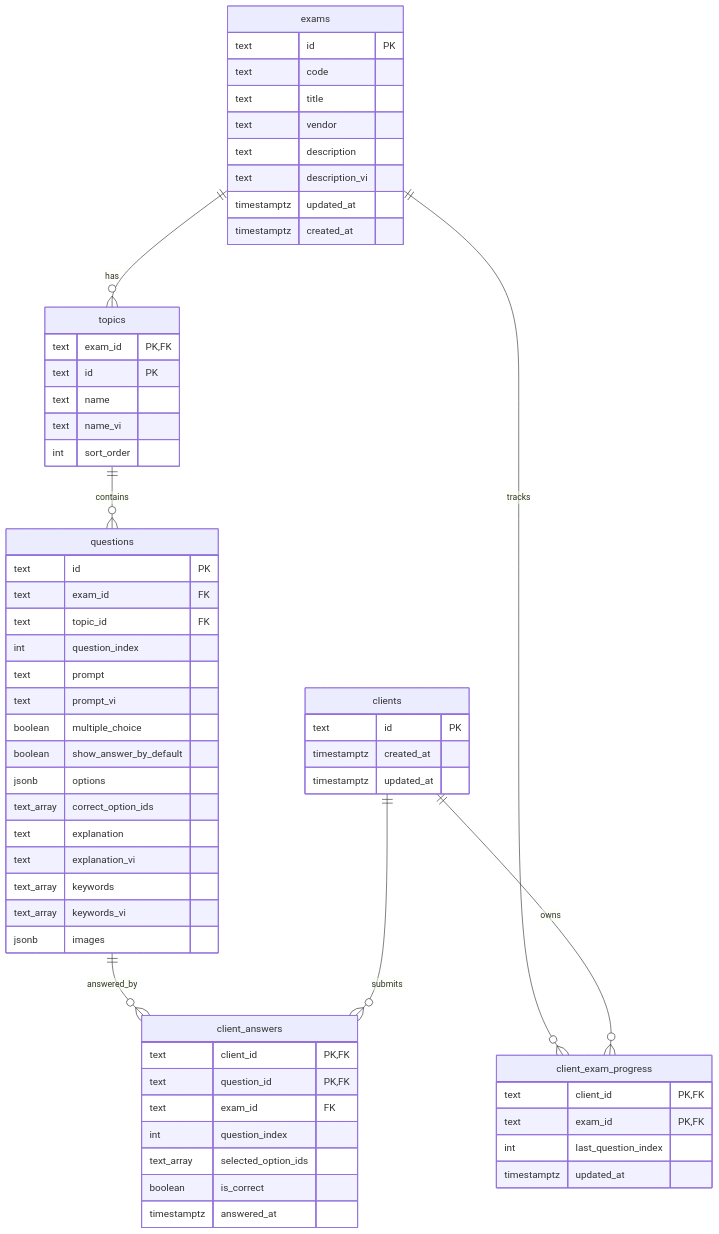
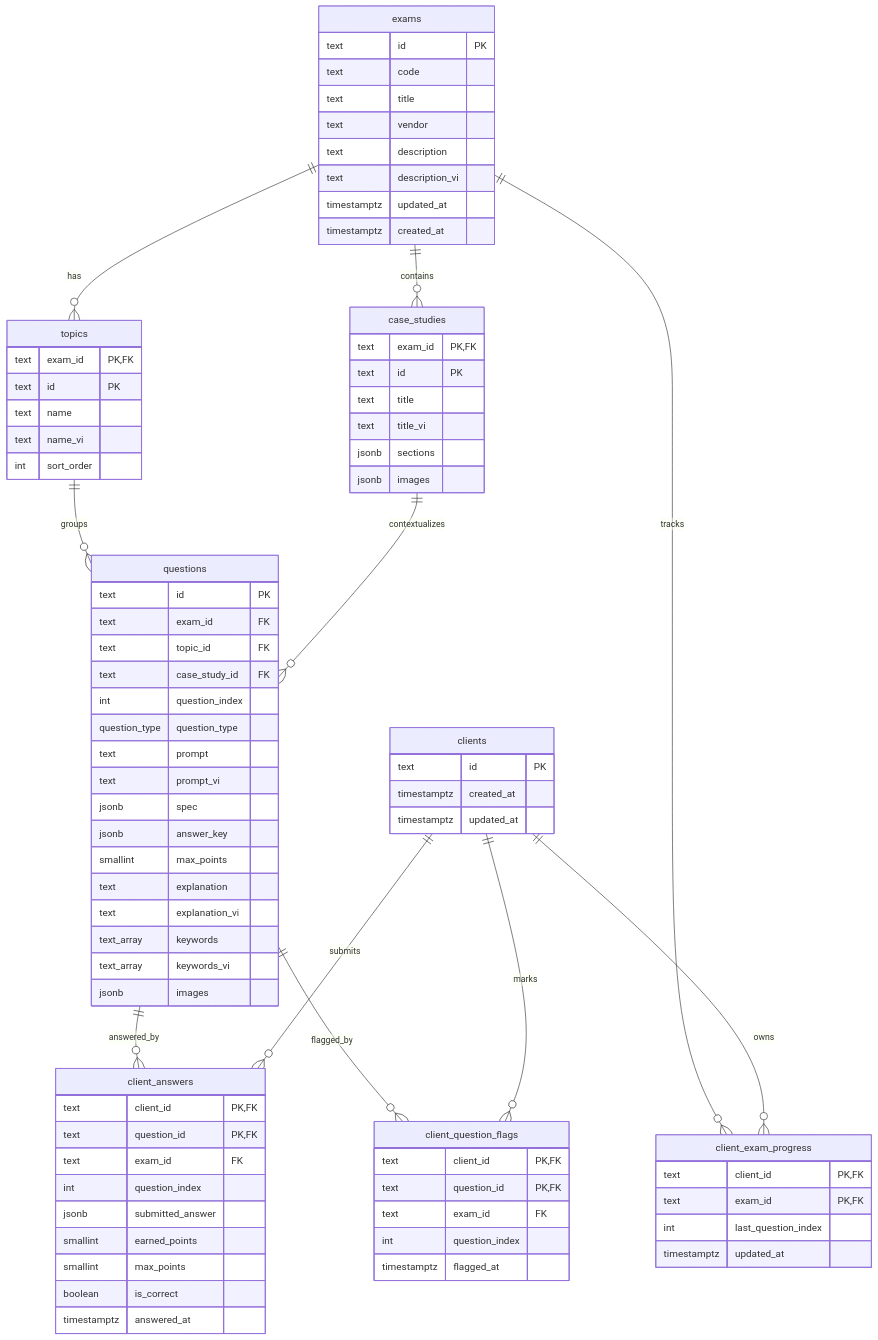
Before and after one commit to ryu-1905/dump: the diagram in docs/database-schema.md, drawn with Mermaid. The commit also changed other lines of this file and 18 other files, not shown here.

Commit message:
feat(v2): Microsoft exam schema, 5 question types, Case Study, flags & reset

````diff
--- a/docs/database-schema.md
+++ b/docs/database-schema.md
@@ -9,11 +9,15 @@
 ```mermaid
 erDiagram
     exams ||--o{ topics : has
-    topics ||--o{ questions : contains
+    exams ||--o{ case_studies : contains
+    topics ||--o{ questions : groups
+    case_studies ||--o{ questions : contextualizes
     exams ||--o{ client_exam_progress : tracks
     questions ||--o{ client_answers : answered_by
+    questions ||--o{ client_question_flags : flagged_by
     clients ||--o{ client_exam_progress : owns
     clients ||--o{ client_answers : submits
+    clients ||--o{ client_question_flags : marks
 
     clients {
         text id PK
@@ -31,6 +35,7 @@
         timestamptz updated_at
         timestamptz created_at
     }
+
     topics {
         text exam_id PK,FK
         text id PK
@@ -38,36 +43,59 @@
         text name_vi
         int sort_order
     }
+
+    case_studies {
+        text exam_id PK,FK
+        text id PK
+        text title
+        text title_vi
+        jsonb sections
+        jsonb images
+    }
+
     questions {
         text id PK
         text exam_id FK
         text topic_id FK
+        text case_study_id FK
         int question_index
+        question_type question_type
         text prompt
         text prompt_vi
-        boolean multiple_choice
-        boolean show_answer_by_default
-        jsonb options
-        text_array correct_option_ids
+        jsonb spec
+        jsonb answer_key
+        smallint max_points
         text explanation
         text explanation_vi
         text_array keywords
         text_array keywords_vi
         jsonb images
     }
+
     client_exam_progress {
         text client_id PK,FK
         text exam_id PK,FK
         int last_question_index
         timestamptz updated_at
     }
+
     client_answers {
         text client_id PK,FK
         text question_id PK,FK
         text exam_id FK
         int question_index
-        text_array selected_option_ids
+        jsonb submitted_answer
+        smallint earned_points
+        smallint max_points
         boolean is_correct
         timestamptz answered_at
     }
+
+    client_question_flags {
+        text client_id PK,FK
+        text question_id PK,FK
+        text exam_id FK
+        int question_index
+        timestamptz flagged_at
+    }
 ```
````
